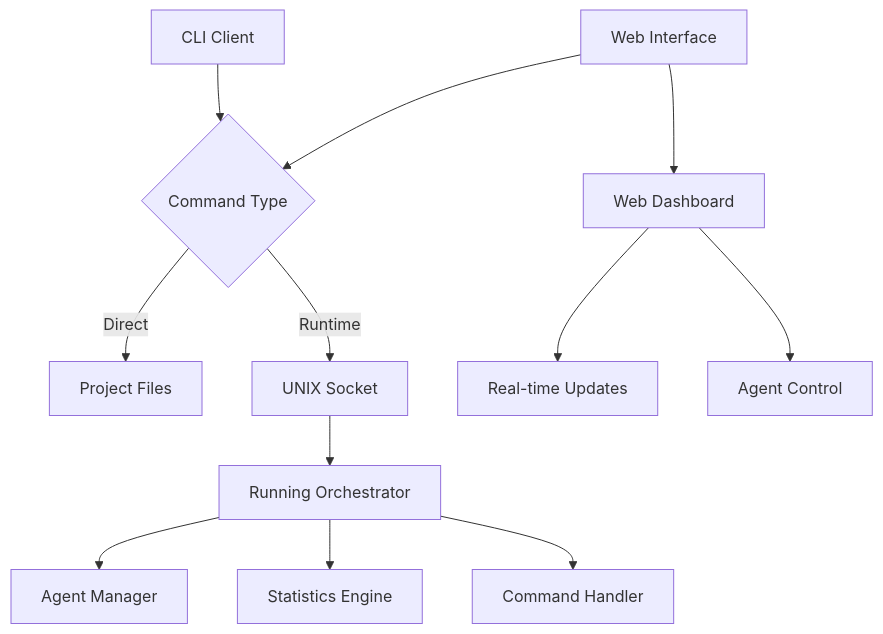
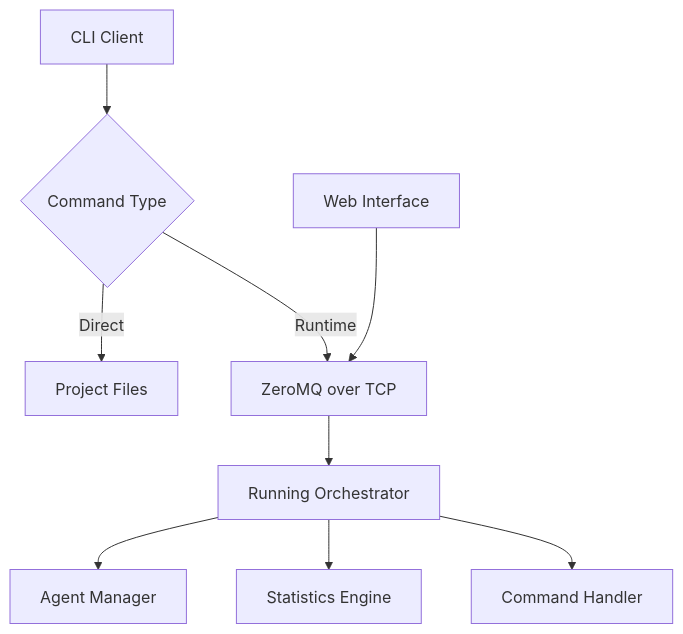
The diagram in docs/cli/index.mdx (giulio333/PyOrchestrate), drawn with Mermaid before and after one commit. The commit also changed other lines of this file and 13 other files, not shown here.

````diff
--- a/docs/cli/index.mdx
+++ b/docs/cli/index.mdx
@@ -125,14 +130,11 @@
 ```mermaid
 graph TD
     A[CLI Client] --> B{Command Type}
-    A1[Web Interface] --> B
     B -->|Direct| C[Project Files]
-    B -->|Runtime| D[UNIX Socket]
+    B -->|Runtime| D[ZeroMQ over TCP]
+    A1[Web Interface] --> D
     D --> E[Running Orchestrator]
     E --> F[Agent Manager]
     E --> G[Statistics Engine]
     E --> H[Command Handler]
-    A1 --> I[Web Dashboard]
-    I --> J[Real-time Updates]
-    I --> K[Agent Control]
 ```
````
